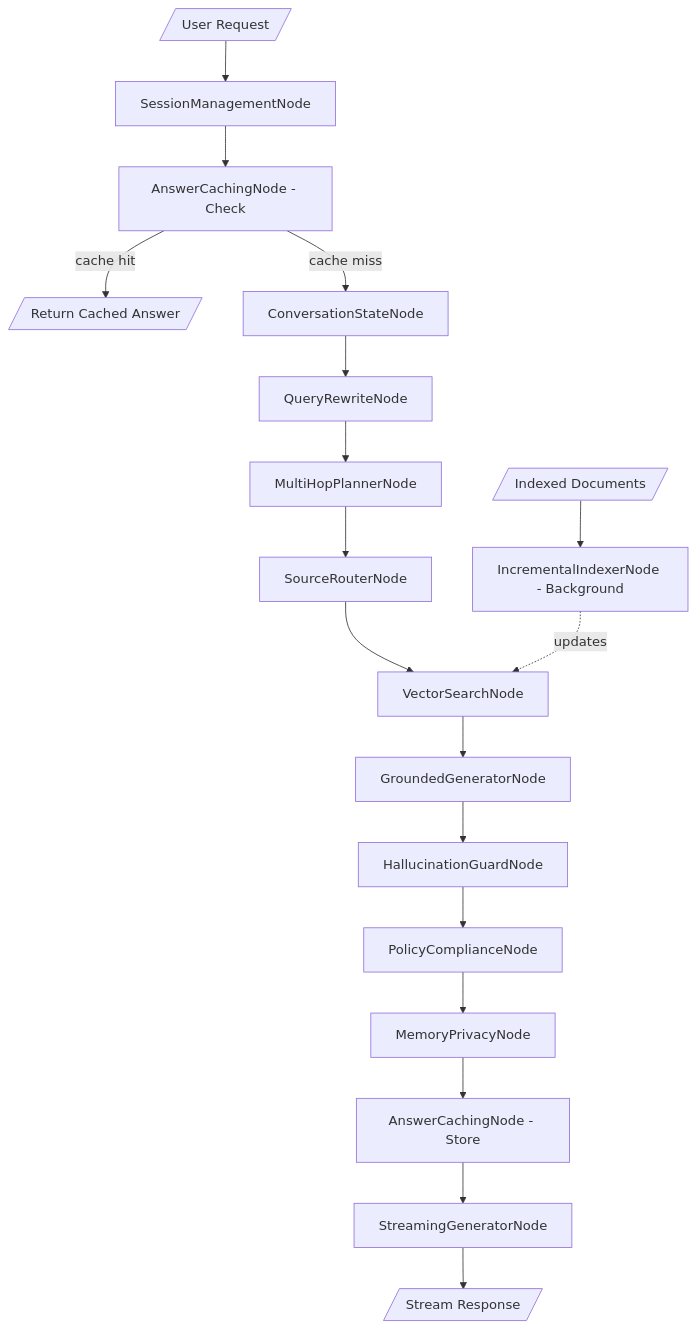
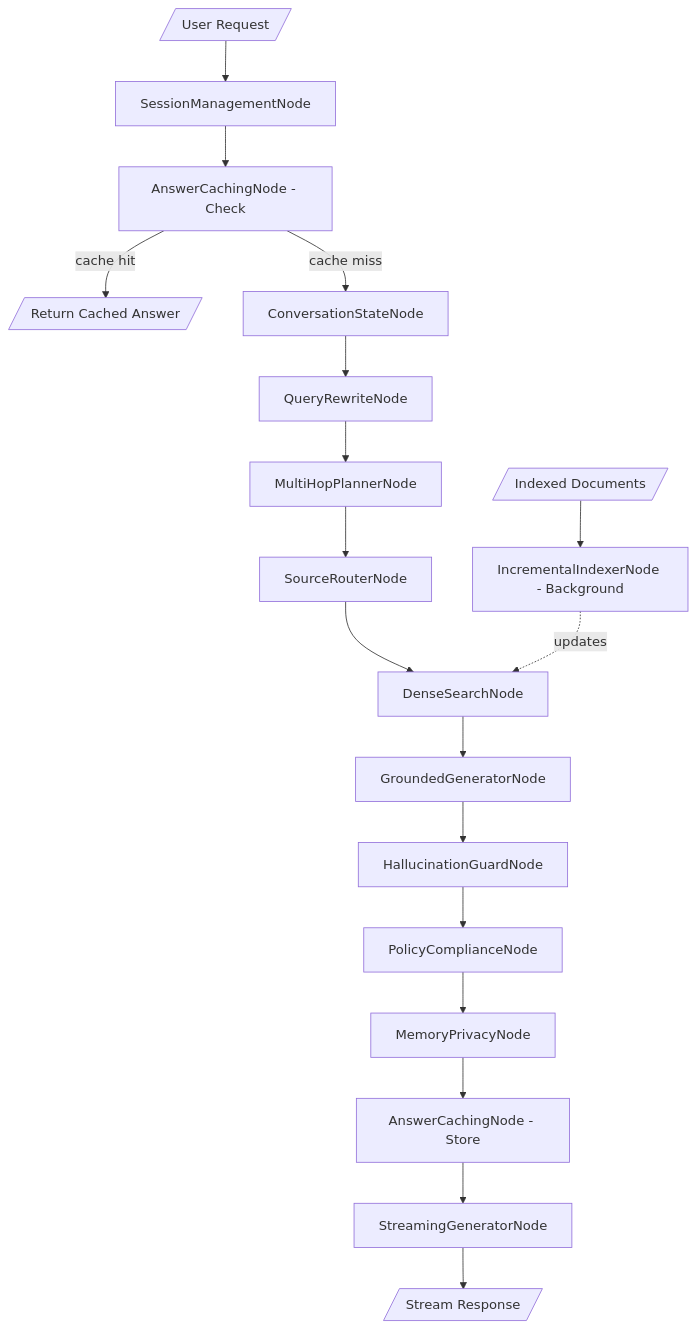
Before and after one commit to ShaojieJiang/orcheo: the fifth of 6 diagrams in docs/conversational_search/demo_design.md, drawn with Mermaid. The commit also changed other lines of this file and 48 other files, not shown here.

````diff
--- a/docs/conversational_search/demo_design.md
+++ b/docs/conversational_search/demo_design.md
@@ -280,24 +324,24 @@
 ```mermaid
 graph TD
     Docs[/Indexed Documents/] --> Incremental[IncrementalIndexerNode - Background]
 
     Request[/User Request/] --> Session[SessionManagementNode]
     Session --> CacheCheck[AnswerCachingNode - Check]
 
     CacheCheck -->|cache hit| Return[/Return Cached Answer/]
 
     CacheCheck -->|cache miss| ConvState[ConversationStateNode]
     ConvState --> Rewrite[QueryRewriteNode]
     Rewrite --> MultiHop[MultiHopPlannerNode]
     MultiHop --> Router[SourceRouterNode]
-    Router --> Search[VectorSearchNode]
+    Router --> Search[DenseSearchNode]
     Search --> Generator[GroundedGeneratorNode]
     Generator --> HallucinationGuard[HallucinationGuardNode]
     HallucinationGuard --> Policy[PolicyComplianceNode]
     Policy --> Privacy[MemoryPrivacyNode]
     Privacy --> CacheStore[AnswerCachingNode - Store]
     CacheStore --> Streaming[StreamingGeneratorNode]
     Streaming --> Response[/Stream Response/]
 
     Incremental -.->|updates| Search
 ```
````
